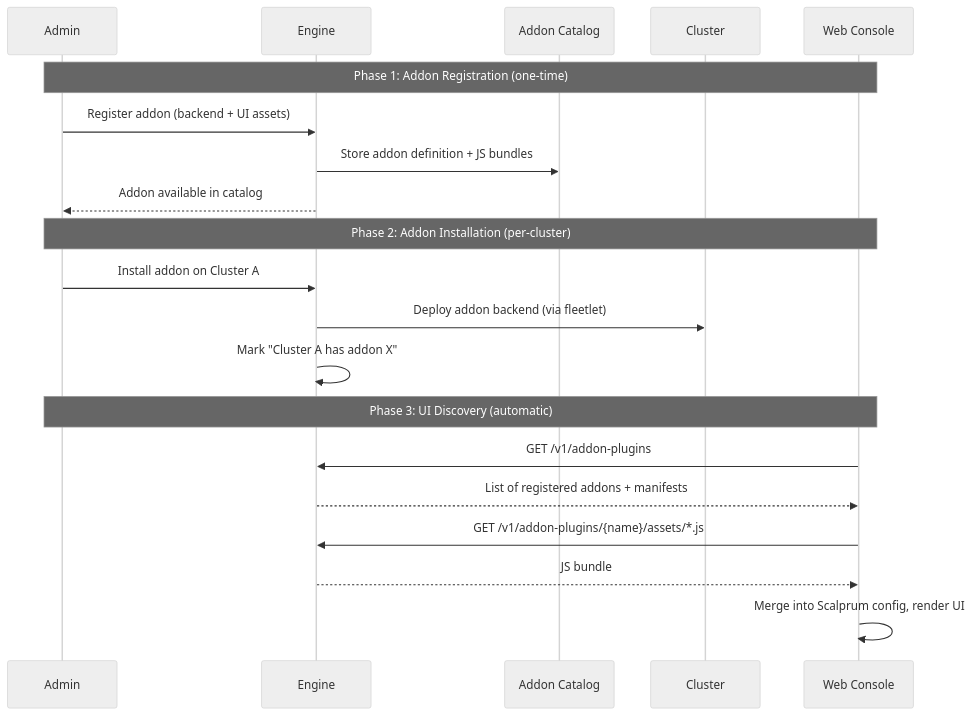
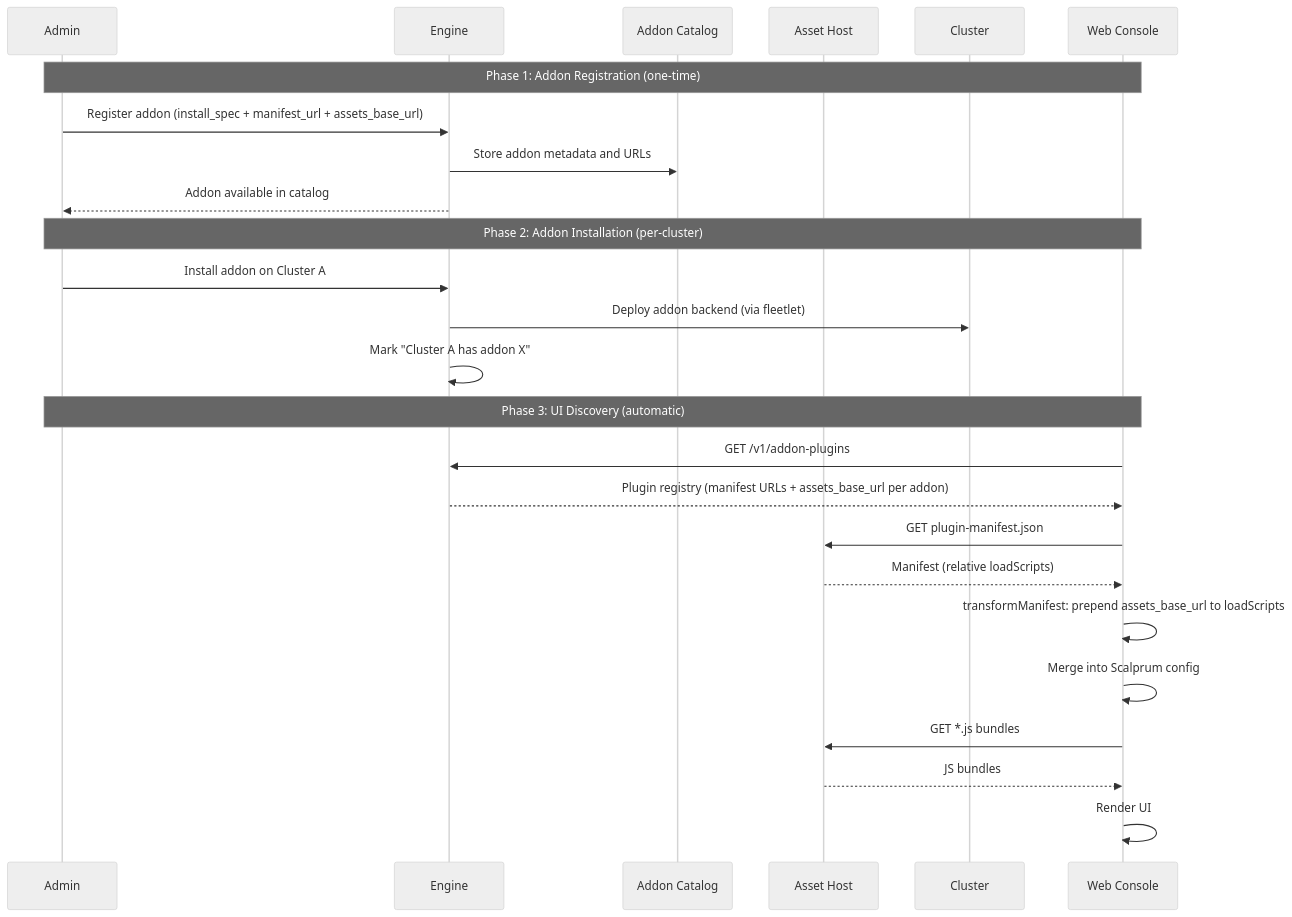
One commit to fleetshift/fleetshift-poc changed the third of 11 diagrams in docs/design/addon-ui-architecture.md. Above: the diagram before and after it, drawn with Mermaid (neutral theme). The commit also changed other lines of this file, not shown here.

Commit message:
docs(ui-addons): add OCI and decoupled CDN model

````diff
--- a/docs/design/addon-ui-architecture.md
+++ b/docs/design/addon-ui-architecture.md
@@ -182,25 +191,30 @@
 ```mermaid
 sequenceDiagram
     participant Admin
     participant Engine
     participant Catalog as Addon Catalog
+    participant AssetHost as Asset Host
     participant Cluster
     participant Shell as Web Console
 
     Note over Admin,Shell: Phase 1: Addon Registration (one-time)
-    Admin->>Engine: Register addon (backend + UI assets)
-    Engine->>Catalog: Store addon definition + JS bundles
+    Admin->>Engine: Register addon (install_spec + manifest_url + assets_base_url)
+    Engine->>Catalog: Store addon metadata and URLs
     Engine-->>Admin: Addon available in catalog
 
     Note over Admin,Shell: Phase 2: Addon Installation (per-cluster)
     Admin->>Engine: Install addon on Cluster A
     Engine->>Cluster: Deploy addon backend (via fleetlet)
     Engine->>Engine: Mark "Cluster A has addon X"
 
     Note over Admin,Shell: Phase 3: UI Discovery (automatic)
     Shell->>Engine: GET /v1/addon-plugins
-    Engine-->>Shell: List of registered addons + manifests
-    Shell->>Engine: GET /v1/addon-plugins/{name}/assets/*.js
-    Engine-->>Shell: JS bundle
-    Shell->>Shell: Merge into Scalprum config, render UI
+    Engine-->>Shell: Plugin registry (manifest URLs + assets_base_url per addon)
+    Shell->>AssetHost: GET plugin-manifest.json
+    AssetHost-->>Shell: Manifest (relative loadScripts)
+    Shell->>Shell: transformManifest: prepend assets_base_url to loadScripts
+    Shell->>Shell: Merge into Scalprum config
+    Shell->>AssetHost: GET *.js bundles
+    AssetHost-->>Shell: JS bundles
+    Shell->>Shell: Render UI
 ```
````
